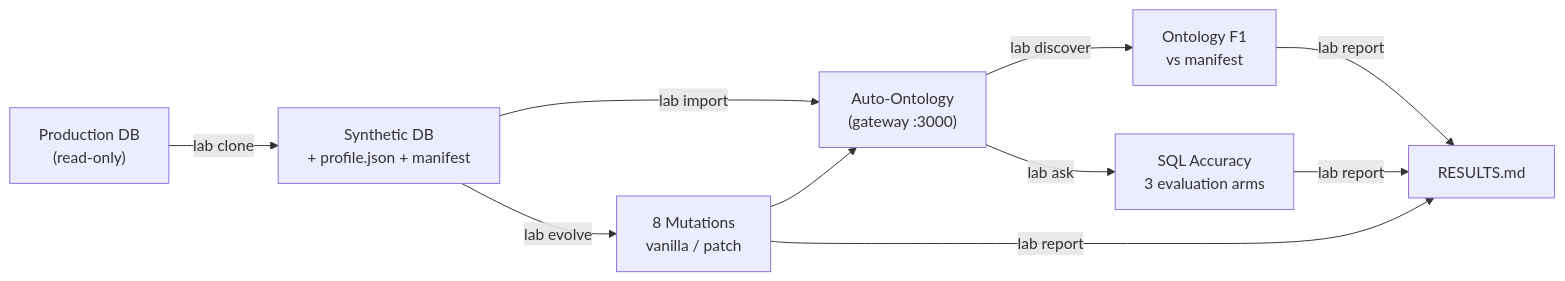
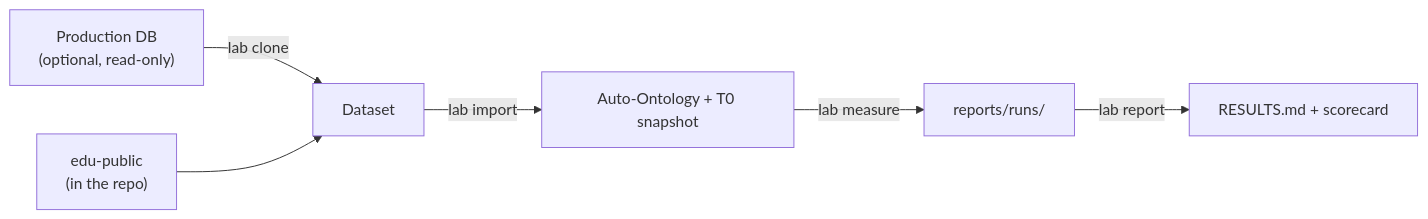
One commit to TrBn17/auto-ontology-lab changed the diagram in PLAN.md. Above: the diagram before and after it, drawn with Mermaid. The commit also changed other lines of this file and 14 other files, not shown here.

First line of the commit message:
docs: publish edu-public results, findings and run evidence

````diff
--- a/PLAN.md
+++ b/PLAN.md
@@ -9,10 +9,8 @@
 ```mermaid
 flowchart LR
-    P["Production DB<br/>(read-only)"] -->|lab clone| S["Synthetic DB<br/>+ profile.json + manifest"]
-    S -->|lab import| AO["Auto-Ontology<br/>(gateway :3000)"]
-    AO -->|lab discover| F1["Ontology F1<br/>vs manifest"]
-    AO -->|lab ask| ACC["SQL Accuracy<br/>3 evaluation arms"]
-    S -->|lab evolve| MUT["8 Mutations<br/>vanilla / patch"]
-    MUT --> AO
-    F1 & ACC & MUT -->|lab report| R["RESULTS.md"]
+    P["Production DB<br/>(optional, read-only)"] -->|lab clone| S["Dataset"]
+    E["edu-public<br/>(in the repo)"] --> S
+    S -->|lab import| AO["Auto-Ontology + T0 snapshot"]
+    AO -->|lab measure| R["reports/runs/"]
+    R -->|lab report| O["RESULTS.md + scorecard"]
 ```
````
